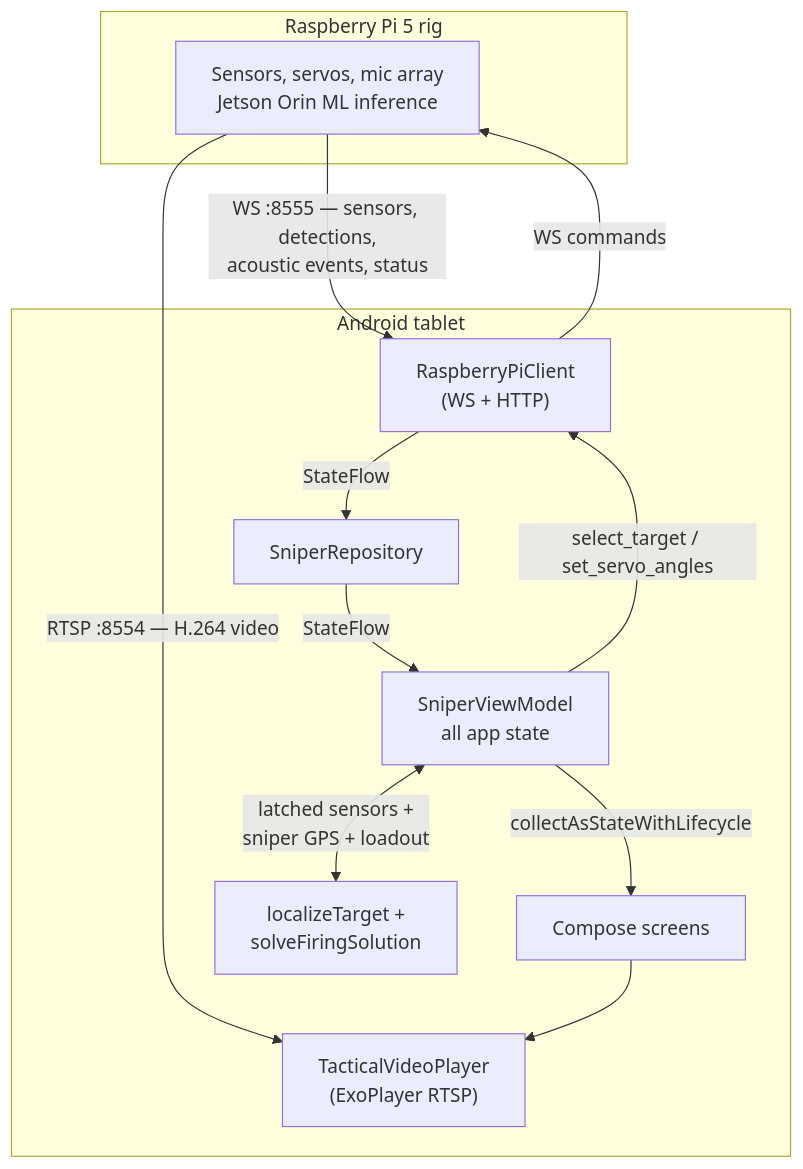
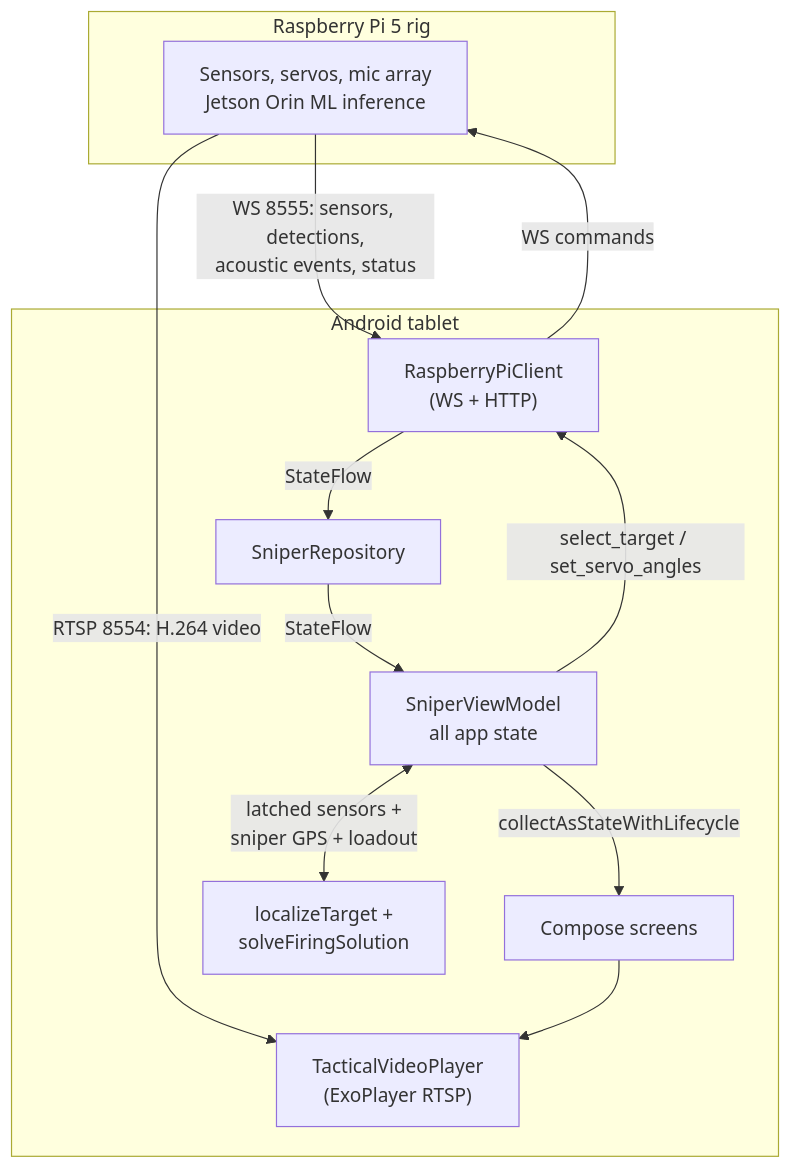
One commit to dlvtlm/MySnipeIt changed the diagram in README.md. Above: the diagram before and after it, drawn with Mermaid. The commit also changed other lines of this file, not shown here.

````diff
--- a/README.md
+++ b/README.md
@@ -71,25 +71,25 @@
 ```mermaid
 flowchart TD
     subgraph Rig["Raspberry Pi 5 rig"]
         PI["Sensors, servos, mic array<br/>Jetson Orin ML inference"]
     end
 
     subgraph App["Android tablet"]
         RPC["RaspberryPiClient<br/>(WS + HTTP)"]
         REPO["SniperRepository"]
         VM["SniperViewModel<br/>all app state"]
         UI["Compose screens"]
         PLAYER["TacticalVideoPlayer<br/>(ExoPlayer RTSP)"]
         BAL["localizeTarget +<br/>solveFiringSolution"]
     end
 
-    PI -->|"WS :8555 — sensors, detections,<br/>acoustic events, status"| RPC
-    PI -->|"RTSP :8554 — H.264 video"| PLAYER
+    PI -->|"WS 8555: sensors, detections,<br/>acoustic events, status"| RPC
+    PI -->|"RTSP 8554: H.264 video"| PLAYER
     RPC -->|StateFlow| REPO
     REPO -->|StateFlow| VM
     VM -->|collectAsStateWithLifecycle| UI
     VM <-->|"latched sensors +<br/>sniper GPS + loadout"| BAL
     UI --> PLAYER
     VM -->|"select_target / set_servo_angles"| RPC
     RPC -->|WS commands| PI
 ```
````
